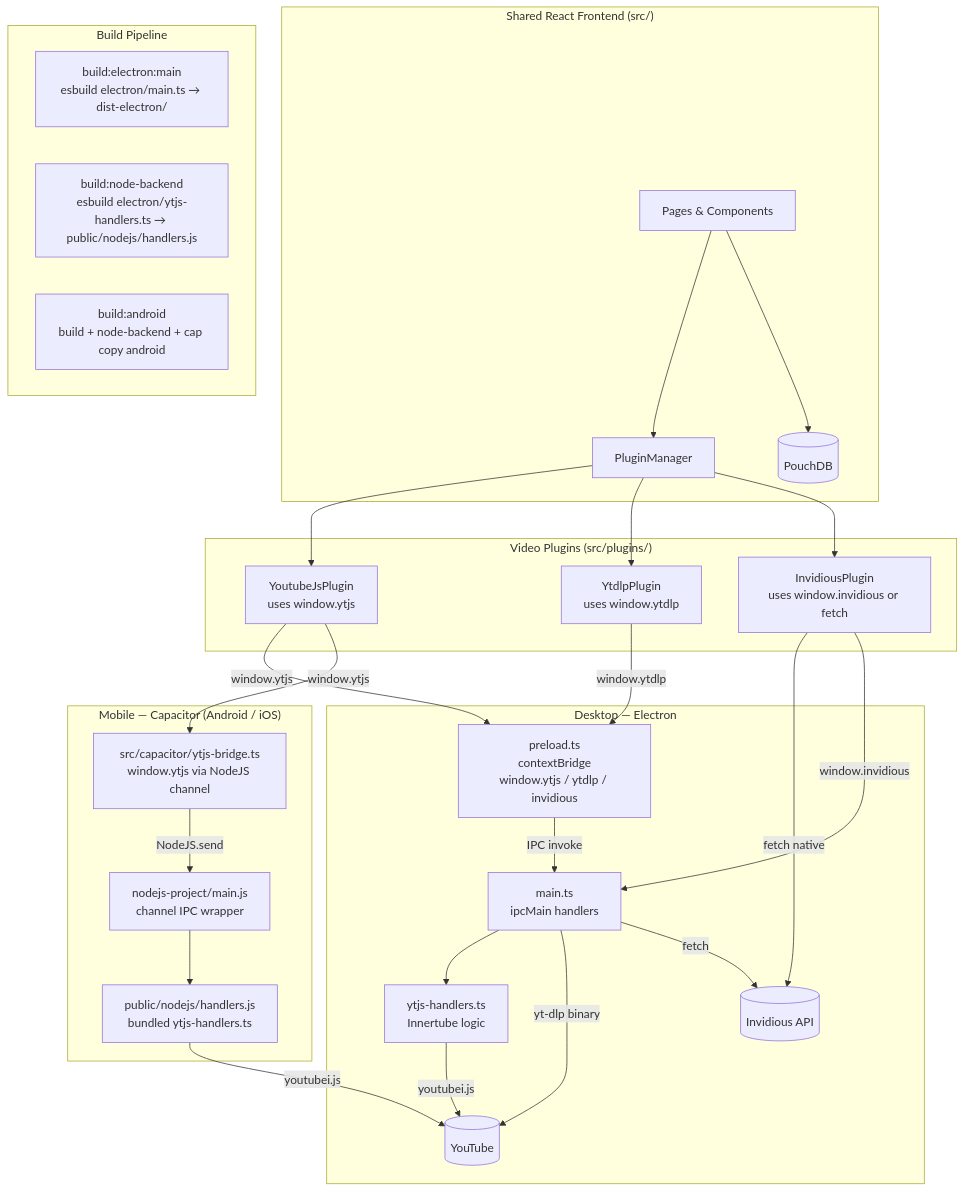
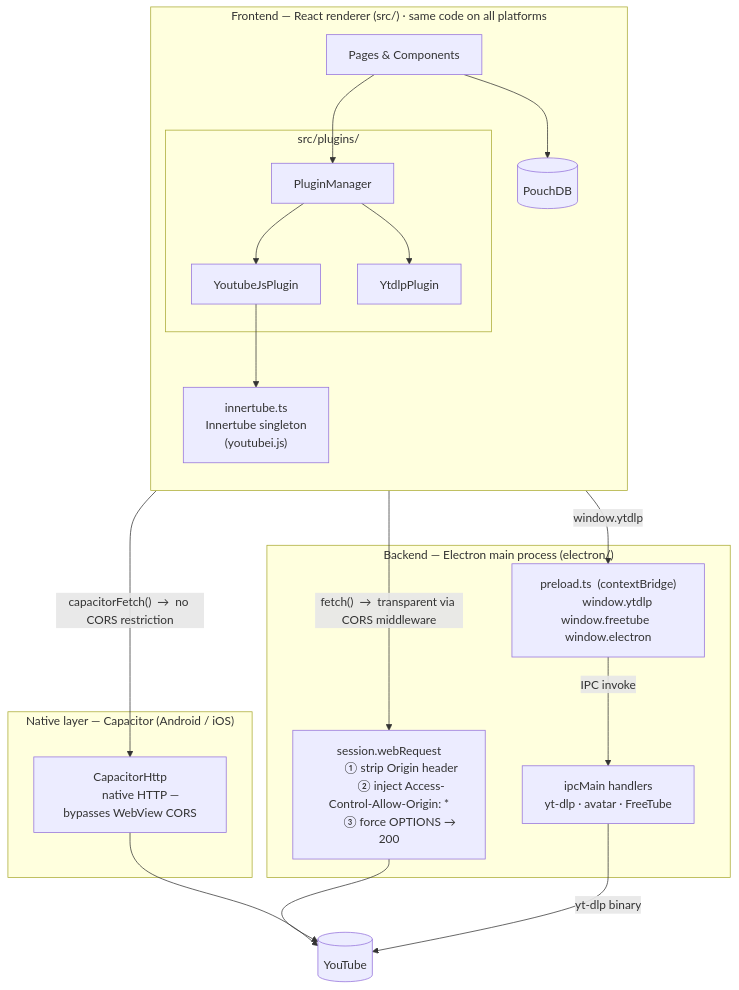
The diagram in ARCHITECTURE.md (BeatLink/NeoTube), drawn with Mermaid before and after one commit. The commit also changed other lines of this file and 33 other files, not shown here.

First line of the commit message:
Refactor: remove Invidious, move youtube.js to renderer, add REST API server

````diff
--- a/ARCHITECTURE.md
+++ b/ARCHITECTURE.md
@@ -3,47 +3,48 @@
 ```mermaid
 graph TB
-    subgraph Shared["Shared React Frontend (src/)"]
+    %% ── Frontend ─────────────────────────────────────────────────────────────
+    subgraph FE["Frontend — React renderer  (src/)  ·  same code on all platforms"]
+        direction TB
         UI[Pages & Components]
         PM[PluginManager]
         DB[(PouchDB)]
-        UI --> PM
-        UI --> DB
+        UI --> PM & DB
+
+        subgraph Plugins["src/plugins/"]
+            YTJS[YoutubeJsPlugin]
+            YTDLP_P[YtdlpPlugin]
+            PM --> YTJS & YTDLP_P
+        end
+
+        IT["innertube.ts
+        Innertube singleton
+        (youtubei.js)"]
+        YTJS --> IT
     end
 
-    subgraph Plugins["Video Plugins (src/plugins/)"]
-        YTJS[YoutubeJsPlugin\nuses window.ytjs]
-        YTDLP[YtdlpPlugin\nuses window.ytdlp]
-        INV[InvidiousPlugin\nuses window.invidious or fetch]
-        PM --> YTJS & YTDLP & INV
+    %% ── Electron backend ─────────────────────────────────────────────────────
+    subgraph BE_E["Backend — Electron main process  (electron/)"]
+        CORS["session.webRequest
+        ① strip Origin header
+        ② inject Access-Control-Allow-Origin: *
+        ③ force OPTIONS → 200"]
+        IPC["ipcMain handlers
+        yt-dlp · avatar · FreeTube"]
+        PRE["preload.ts  (contextBridge)
+        window.ytdlp  window.freetube  window.electron"]
     end
 
-    subgraph Electron["Desktop — Electron"]
-        PRE[preload.ts\ncontextBridge\nwindow.ytjs / ytdlp / invidious]
-        MAIN[main.ts\nipcMain handlers]
-        HANDLERS[ytjs-handlers.ts\nInnertube logic]
-        PRE -->|IPC invoke| MAIN --> HANDLERS
-        HANDLERS -->|youtubei.js| YT[(YouTube)]
-        MAIN -->|yt-dlp binary| YT
-        MAIN -->|fetch| INV_API[(Invidious API)]
+    %% ── Capacitor native layer ───────────────────────────────────────────────
+    subgraph BE_C["Native layer — Capacitor  (Android / iOS)"]
+        CAP["CapacitorHttp
+        native HTTP — bypasses WebView CORS"]
     end
 
-    subgraph Capacitor["Mobile — Capacitor (Android / iOS)"]
-        BRIDGE[src/capacitor/ytjs-bridge.ts\nwindow.ytjs via NodeJS channel]
-        NODE[nodejs-project/main.js\nchannel IPC wrapper]
-        HBUNDLE[public/nodejs/handlers.js\nbundled ytjs-handlers.ts]
-        BRIDGE -->|NodeJS.send| NODE --> HBUNDLE
-        HBUNDLE -->|youtubei.js| YT
-        INV -->|fetch native| INV_API
-    end
+    %% ── External ─────────────────────────────────────────────────────────────
+    YT[(YouTube)]
 
-    YTJS -->|window.ytjs| PRE
-    YTJS -->|window.ytjs| BRIDGE
-    YTDLP -->|window.ytdlp| PRE
-    INV -->|window.invidious| MAIN
-
-    subgraph Build["Build Pipeline"]
-        B1["build:electron:main\nesbuild electron/main.ts → dist-electron/"]
-        B2["build:node-backend\nesbuild electron/ytjs-handlers.ts → public/nodejs/handlers.js"]
-        B3["build:android\nbuild + node-backend + cap copy android"]
-    end
+    %% ── Edges ────────────────────────────────────────────────────────────────
+    IT -- "fetch()  →  transparent via CORS middleware" --> CORS --> YT
+    IT -- "capacitorFetch()  →  no CORS restriction" --> CAP --> YT
+    YTDLP_P -- "window.ytdlp" --> PRE -- "IPC invoke" --> IPC -- "yt-dlp binary" --> YT
 ```
````
